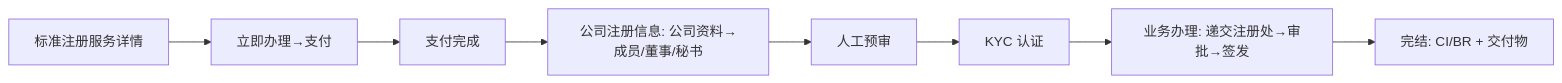
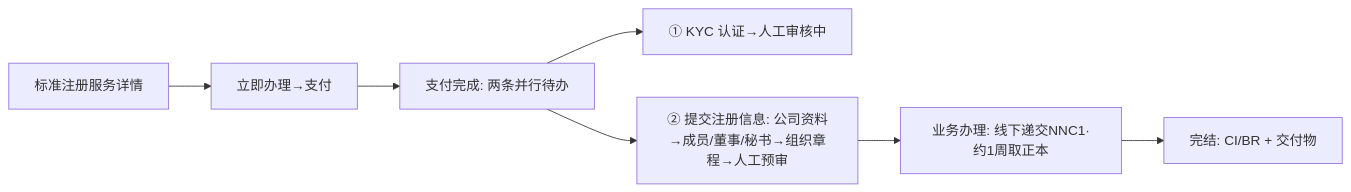
Before and after one commit to xiahan3/leapex_Leapexbiz: the fourth of 7 diagrams in docs/PRD_小程序完整版_v1.0.md, drawn with Mermaid. The commit also changed other lines of this file, not shown here.

Commit message:
PRD小程序v1.0正文同步最新设计：§5.1入口改登录流(启动页选服务地区+渠道码+手机/微信登录,去初始化步骤)+重画入口/注册mermaid;§5.2核名双名+简转繁;§5.4支付加优惠券;§5.5章程去自订+语言/业务办理约1周取正本;§5.6 KYC手机人脸+证件港证护照其他+PEP仅后台;§5.10公司表单收敛;§5.11加优惠券模块;§二功能清单加登录/优惠券;§十标注为历史留痕

````diff
--- a/docs/PRD_小程序完整版_v1.0.md
+++ b/docs/PRD_小程序完整版_v1.0.md
@@ -153,10 +157,9 @@
 ```mermaid
 flowchart LR
   A[标准注册服务详情] --> B[立即办理→支付]
-  B --> C[支付完成]
-  C --> D[公司注册信息: 公司资料→成员/董事/秘书]
-  D --> E[人工预审]
-  E --> F[KYC 认证]
-  F --> G[业务办理: 递交注册处→审批→签发]
+  B --> C[支付完成: 两条并行待办]
+  C --> K[① KYC 认证→人工审核中]
+  C --> D[② 提交注册信息: 公司资料→成员/董事/秘书→组织章程→人工预审]
+  D --> G[业务办理: 线下递交NNC1·约1周取正本]
   G --> H[完结: CI/BR + 交付物]
 ```
````
